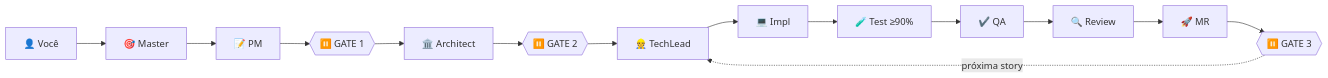
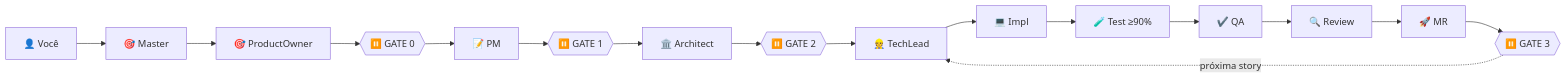
The diagram in README.md (dgofreitas/opencode-workflow), drawn with Mermaid before and after one commit. The commit also changed other lines of this file and 1 other file, not shown here.

First line of the commit message:
docs: update GUIDE and README with ProductOwner and 4-gate pipeline

````diff
--- a/README.md
+++ b/README.md
@@ -133,16 +135,18 @@
 ```mermaid
 graph LR
     User["👤 Você"] --> Master["🎯 Master"]
-    Master --> PM[📝 PM]
+    Master --> PO["🎯 ProductOwner"]
+    PO --> G0{{⏸️ GATE 0}}
+    G0 --> PM[📝 PM]
     PM --> G1{{⏸️ GATE 1}}
     G1 --> Arch[🏛️ Architect]
     Arch --> G2{{⏸️ GATE 2}}
     G2 --> TL["👷 TechLead"]
     TL --> Impl[💻 Impl]
     Impl --> Test[🧪 Test ≥90%]
     Test --> QA[✔️ QA]
     QA --> Review[🔍 Review]
     Review --> MR[🚀 MR]
     MR --> G3{{⏸️ GATE 3}}
     G3 -.->|próxima story| TL
 ```
````
